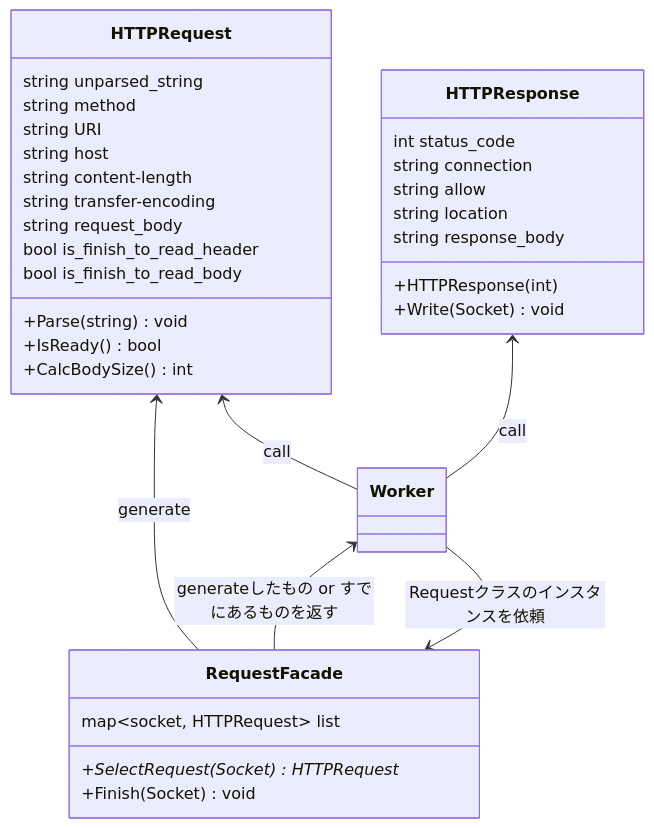
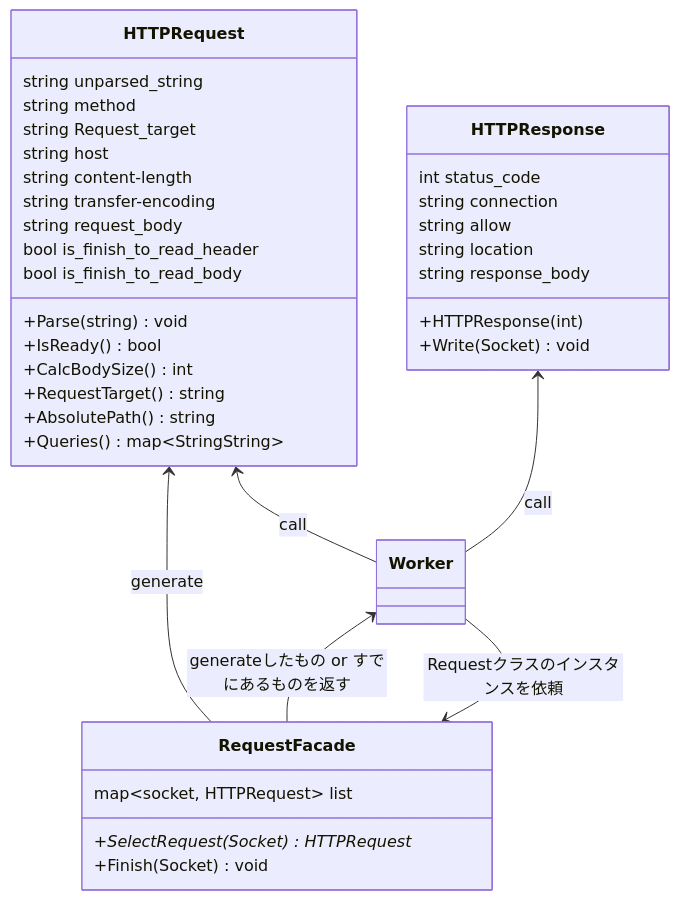
The diagram in docs/class/http_class.md (katataku/webserv), drawn with Mermaid before and after one commit. The commit also changed 7 other files, not shown here.

````diff
--- a/docs/class/http_class.md
+++ b/docs/class/http_class.md
@@ -1,46 +1,49 @@
 ```mermaid
 classDiagram
    class RequestFacade{
         map~socket, HTTPRequest~ list
         +SelectRequest(Socket) HTTPRequest*
         +Finish(Socket) void
     }
 
     %% TODO: CalcBodySize()の詳細を詰める && nginxのmax_body_sizeも確認 %%
     class HTTPRequest{
         string unparsed_string
         string method
-        string URI
+        string Request_target
         string host
         string content-length
         string transfer-encoding
         string request_body
         bool is_finish_to_read_header
         bool is_finish_to_read_body
         
         +Parse(string) void
         +IsReady() bool
         +CalcBodySize() int
+        +RequestTarget() string
+        +AbsolutePath() string
+        +Queries() map~StringString~
     }
 
     class HTTPResponse{
         int status_code
         string connection
         string allow
         string location
         string response_body
 
         +HTTPResponse(int)
         +Write(Socket) void
     }
 
 
 HTTPRequest <-- RequestFacade : generate
 
 Worker <-- RequestFacade : generateしたもの or すでにあるものを返す
 Worker --> RequestFacade : Requestクラスのインスタンスを依頼
 
 
 HTTPRequest  <--  Worker :call
 HTTPResponse  <--  Worker :call
 ```
````
